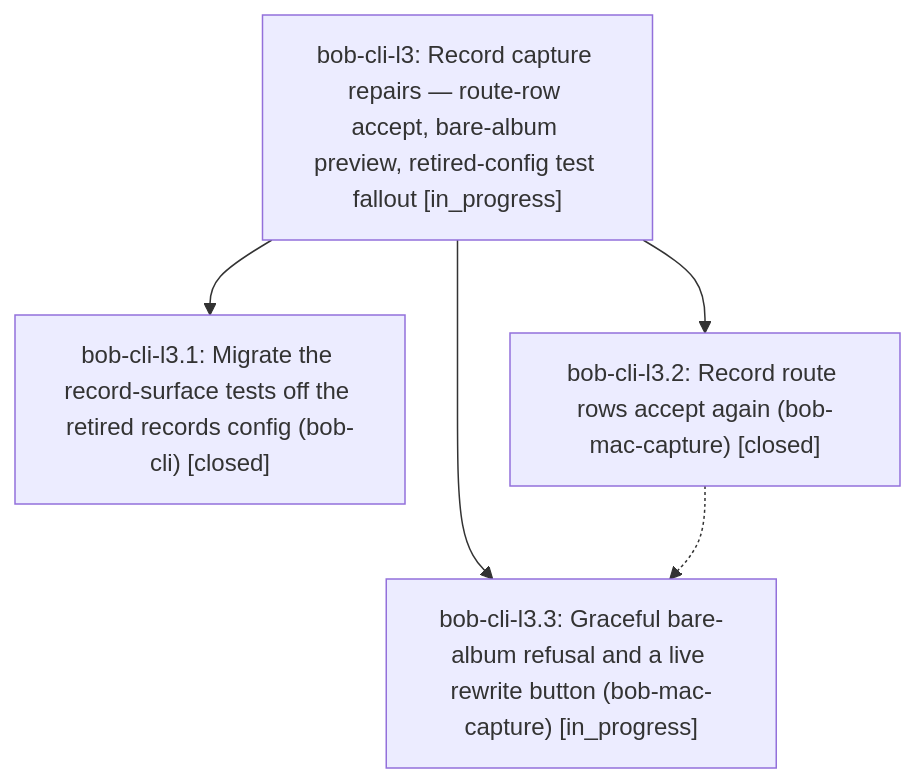
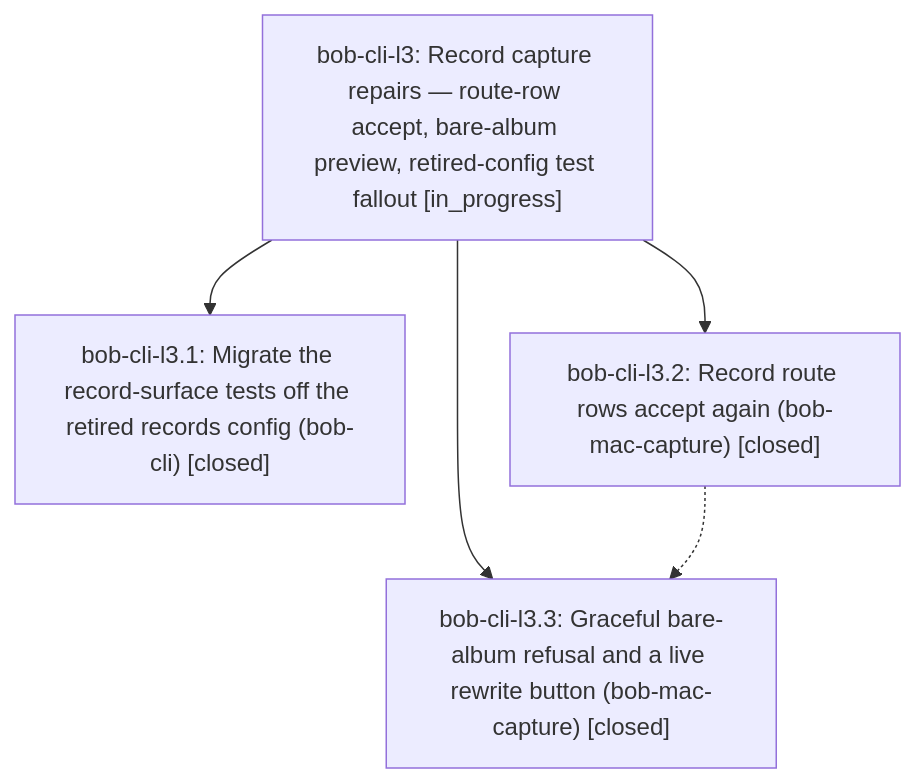
One commit to bobs-org/bob-cli--beads changed the diagram in pages/bob-cli-l3/README.md. Above: the diagram before and after it, drawn with Mermaid. The commit also changed other lines of this file and 3 other files, not shown here.

First line of the commit message:
chore(beads): sync bead state and pages for bob-cli-l3

````diff
--- a/pages/bob-cli-l3/README.md
+++ b/pages/bob-cli-l3/README.md
@@ -38,11 +61,11 @@
 ```mermaid
 flowchart TD
     n0["bob-cli-l3: Record capture repairs — route-row accept, bare-album preview, retired-config test fallout [in_progress]"]
     n1["bob-cli-l3.1: Migrate the record-surface tests off the retired records config (bob-cli) [closed]"]
     n2["bob-cli-l3.2: Record route rows accept again (bob-mac-capture) [closed]"]
-    n3["bob-cli-l3.3: Graceful bare-album refusal and a live rewrite button (bob-mac-capture) [in_progress]"]
+    n3["bob-cli-l3.3: Graceful bare-album refusal and a live rewrite button (bob-mac-capture) [closed]"]
     n0 --> n1
     n0 --> n2
     n0 --> n3
     n2 -.-> n3
 ```
````
